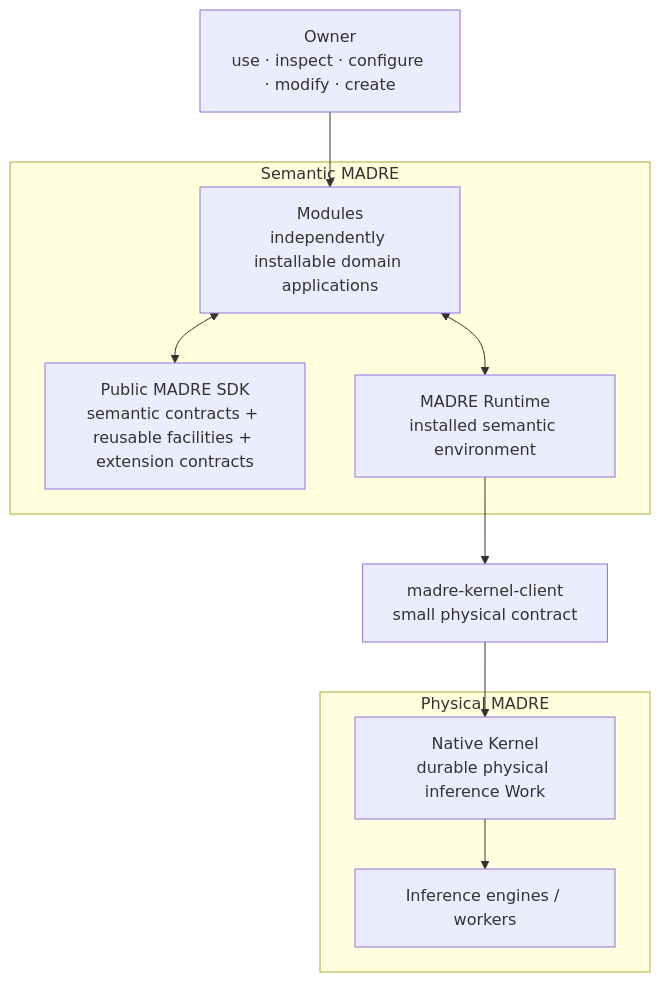
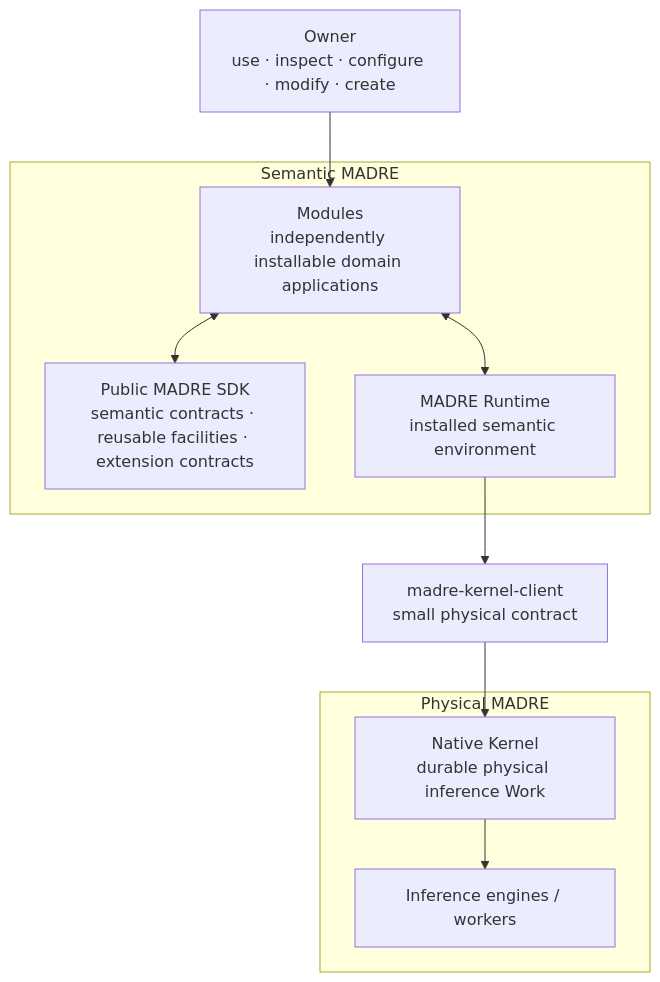
The first of 12 diagrams in docs/architecture/mid-level-architecture.md (DidacLL/MADRE), drawn with Mermaid before and after one commit. The commit also changed other lines of this file, not shown here.

Commit message:
docs: restore SPIRA contracts in mid-level architecture

````diff
--- a/docs/architecture/mid-level-architecture.md
+++ b/docs/architecture/mid-level-architecture.md
@@ -15,24 +17,24 @@
 ```mermaid
 flowchart TB
-    O[Owner<br/>use · inspect · configure · modify · create]
+    O["Owner<br/>use · inspect · configure · modify · create"]
 
-    subgraph S[Semantic MADRE]
-      M[Modules<br/>independently installable domain applications]
-      SDK[Public MADRE SDK<br/>semantic contracts + reusable facilities + extension contracts]
-      RT[MADRE Runtime<br/>installed semantic environment]
+    subgraph S["Semantic MADRE"]
+      M["Modules<br/>independently installable domain applications"]
+      SDK["Public MADRE SDK<br/>semantic contracts · reusable facilities · extension contracts"]
+      RT["MADRE Runtime<br/>installed semantic environment"]
     end
 
-    KC[madre-kernel-client<br/>small physical contract]
+    KC["madre-kernel-client<br/>small physical contract"]
 
-    subgraph P[Physical MADRE]
-      K[Native Kernel<br/>durable physical inference Work]
-      E[Inference engines / workers]
+    subgraph P["Physical MADRE"]
+      K["Native Kernel<br/>durable physical inference Work"]
+      E["Inference engines / workers"]
     end
 
     O --> M
     M <--> SDK
     M <--> RT
     RT --> KC
     KC --> K
     K --> E
 ```
````
